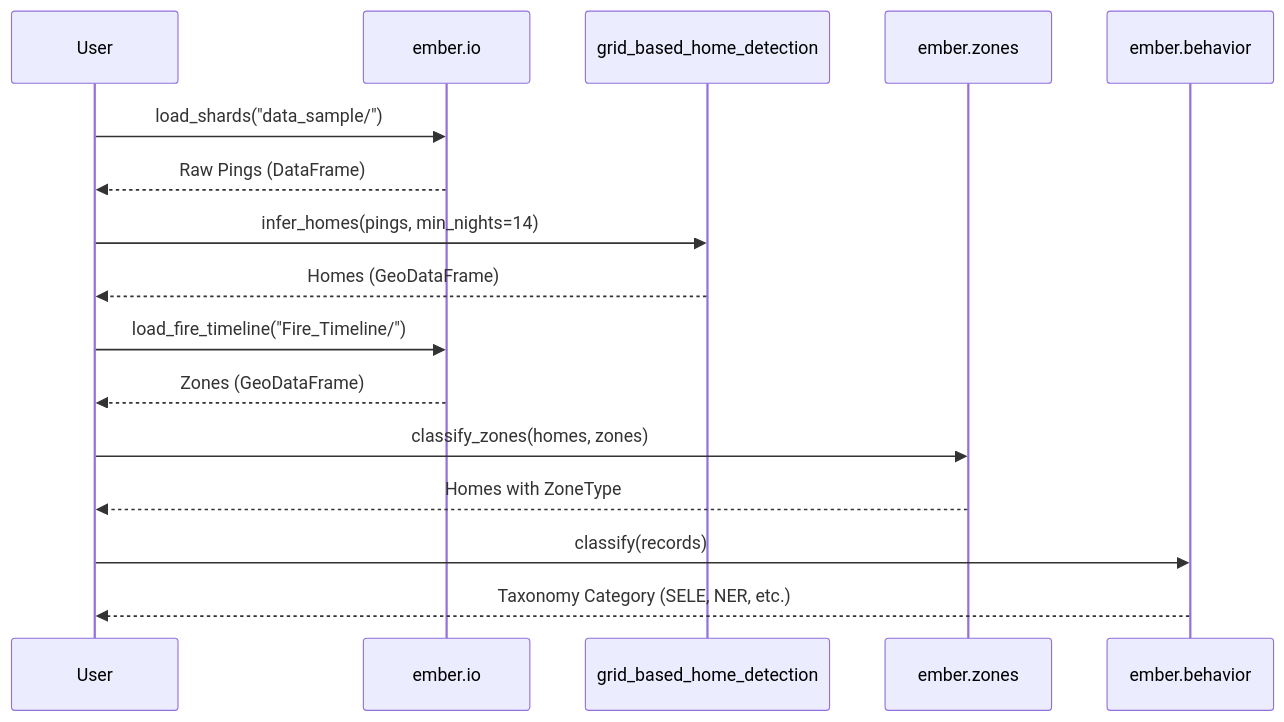
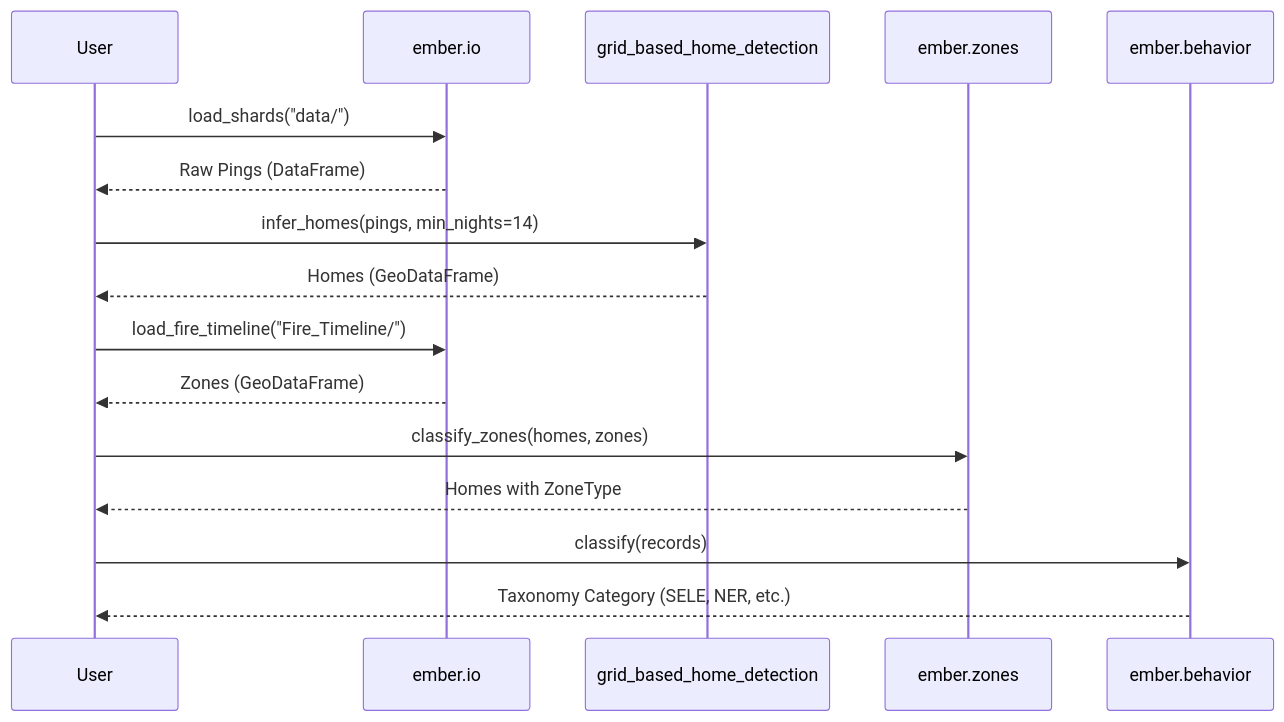
The second of 2 diagrams in ARCHITECTURE.md (SERMOS-LAB/ember), drawn with Mermaid before and after one commit. The commit also changed other lines of this file and 14 other files, not shown here.

````diff
--- a/ARCHITECTURE.md
+++ b/ARCHITECTURE.md
@@ -76,23 +76,23 @@
 ```mermaid
 sequenceDiagram
     participant User
     participant IO as ember.io
     participant Ghost as grid_based_home_detection
     participant Zones as ember.zones
     participant Behavior as ember.behavior
     
-    User->>IO: load_shards("data_sample/")
+    User->>IO: load_shards("data/")
     IO-->>User: Raw Pings (DataFrame)
     
     User->>Ghost: infer_homes(pings, min_nights=14)
     Ghost-->>User: Homes (GeoDataFrame)
     
     User->>IO: load_fire_timeline("Fire_Timeline/")
     IO-->>User: Zones (GeoDataFrame)
     
     User->>Zones: classify_zones(homes, zones)
     Zones-->>User: Homes with ZoneType
     
     User->>Behavior: classify(records)
     Behavior-->>User: Taxonomy Category (SELE, NER, etc.)
 ```
````
